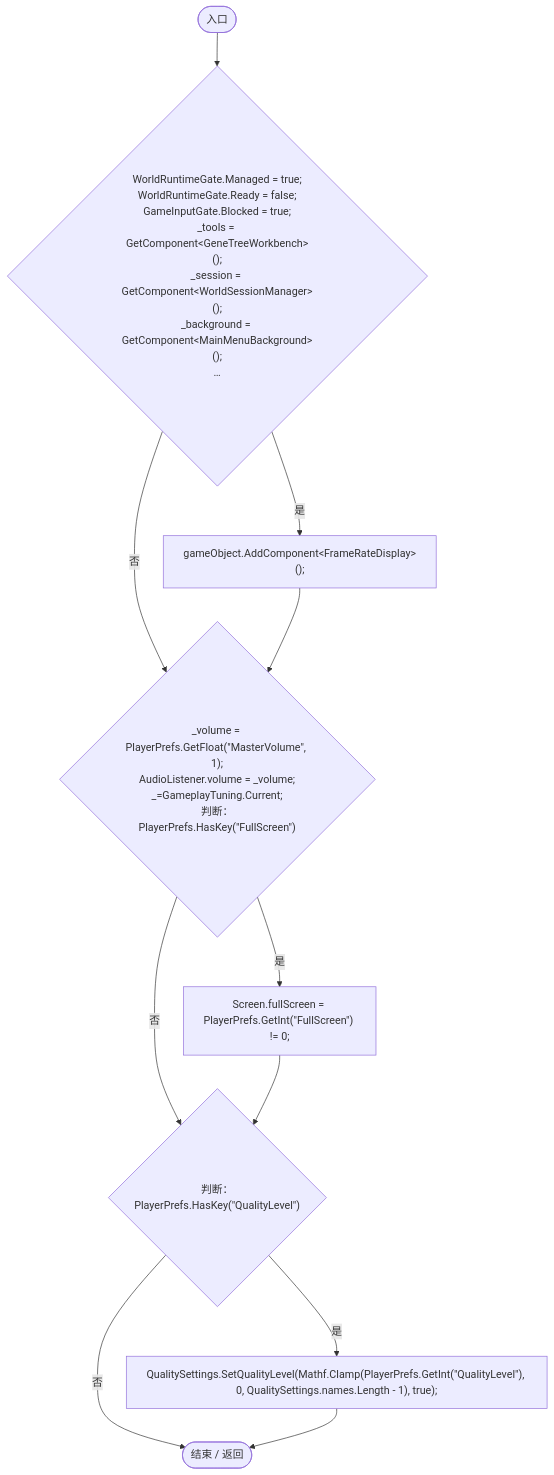
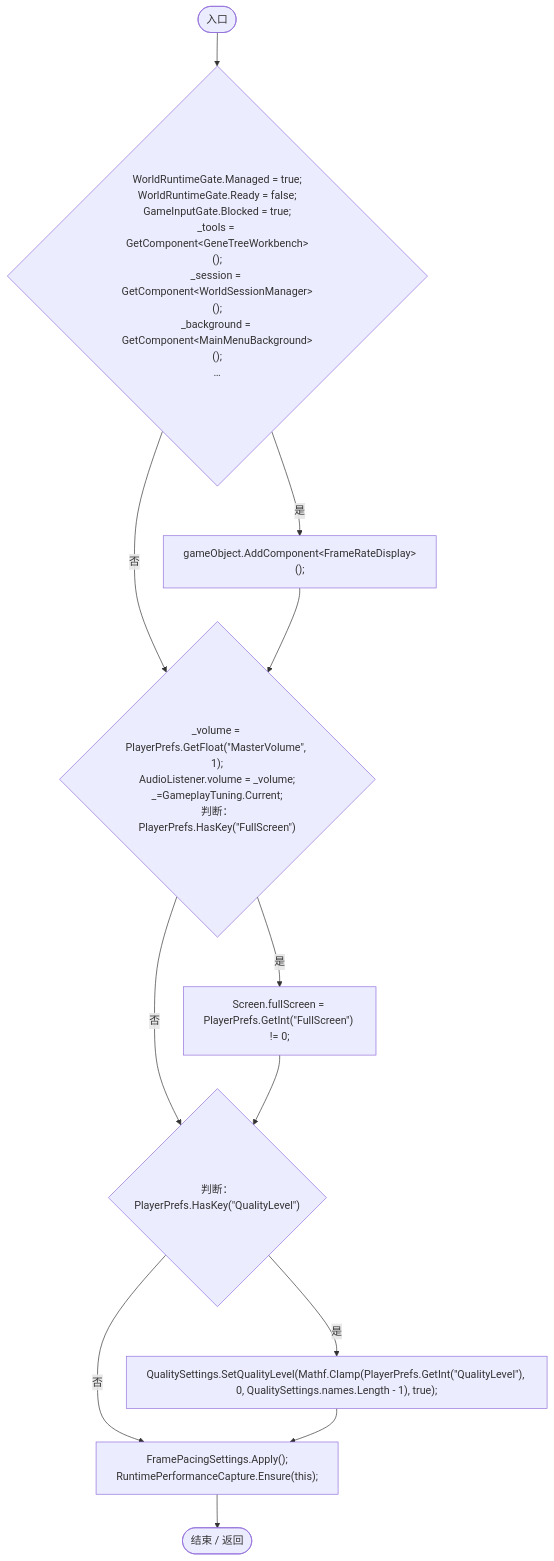
The fourth of 36 diagrams in Docs/运行流程图/脚本/a1f1791f9e7a8035.md (xhs6666/Darwin_paradise), drawn with Mermaid before and after one commit. The commit also changed other lines of this file and 184 other files, not shown here.

````diff
--- a/Docs/运行流程图/脚本/a1f1791f9e7a8035.md
+++ b/Docs/运行流程图/脚本/a1f1791f9e7a8035.md
@@ -79,22 +79,24 @@
 ```mermaid
 flowchart TD
   b0(["入口"])
   b1{"WorldRuntimeGate.Managed = true;<br/>WorldRuntimeGate.Ready = false;<br/>GameInputGate.Blocked = true;<br/>_tools = GetComponent&lt;GeneTreeWorkbench&gt;();<br/>_session = GetComponent&lt;WorldSessionManager&gt;();<br/>_background = GetComponent&lt;MainMenuBackground&gt;();<br/>…"}
   b2["gameObject.AddComponent&lt;FrameRateDisplay&gt;();"]
   b3{"_volume = PlayerPrefs.GetFloat(&quot;MasterVolume&quot;, 1);<br/>AudioListener.volume = _volume;<br/>_=GameplayTuning.Current;<br/>判断：PlayerPrefs.HasKey(&quot;FullScreen&quot;)"}
   b4["Screen.fullScreen = PlayerPrefs.GetInt(&quot;FullScreen&quot;) != 0;"]
   b5{"判断：PlayerPrefs.HasKey(&quot;QualityLevel&quot;)"}
   b6["QualitySettings.SetQualityLevel(Mathf.Clamp(PlayerPrefs.GetInt(&quot;QualityLevel&quot;), 0, QualitySettings.names.Length - 1), true);"]
-  b7(["结束 / 返回"])
+  b7["FramePacingSettings.Apply();<br/>RuntimePerformanceCapture.Ensure(this);"]
+  b8(["结束 / 返回"])
   b0 --> b1
   b1 -->|"是"| b2
   b1 -->|"否"| b3
   b2 --> b3
   b3 -->|"是"| b4
   b3 -->|"否"| b5
   b4 --> b5
   b5 -->|"是"| b6
   b5 -->|"否"| b7
   b6 --> b7
+  b7 --> b8
 
 ```
````
